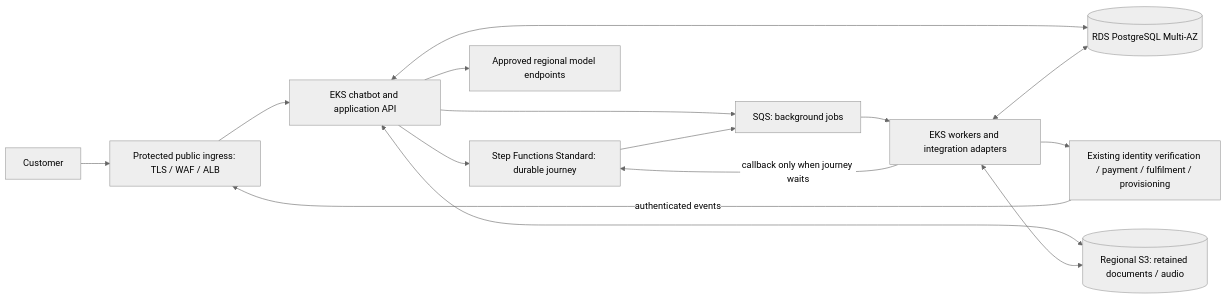
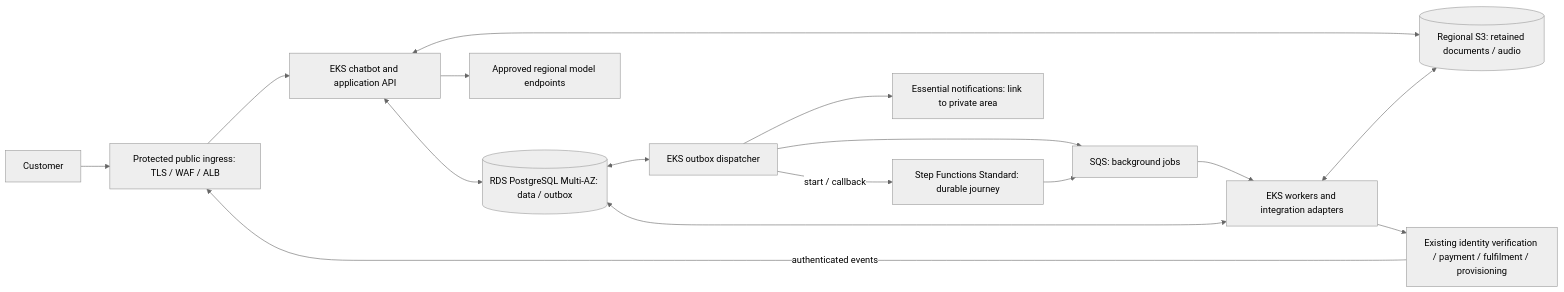
One commit to mattia-vincenzi/Meridian-Telecom changed the diagram in solution.md. Above: the diagram before and after it, drawn with Mermaid (neutral theme). The commit also changed other lines of this file, not shown here.

````diff
--- a/solution.md
+++ b/solution.md
@@ -34,17 +38,18 @@
 ```mermaid
 flowchart LR
     C[Customer] --> I[Protected public ingress: TLS / WAF / ALB]
     I --> A[EKS chatbot and application API]
-    A --> F[Step Functions Standard: durable journey]
-    A <--> D[(RDS PostgreSQL Multi-AZ)]
-    A --> Q[SQS: background jobs]
+    A <--> D[(RDS PostgreSQL Multi-AZ: data / outbox)]
+    D <--> R[EKS outbox dispatcher]
+    R -->|start / callback| F[Step Functions Standard: durable journey]
+    R --> Q[SQS: background jobs]
+    R --> N[Essential notifications: link to private area]
     F --> Q
     Q --> W[EKS workers and integration adapters]
-    W -->|callback only when journey waits| F
     W <--> D
     W --> P[Existing identity verification / payment / fulfilment / provisioning]
     P -->|authenticated events| I
     A <--> O[(Regional S3: retained documents / audio)]
     W <--> O
     A --> M[Approved regional model endpoints]
 ```
````
